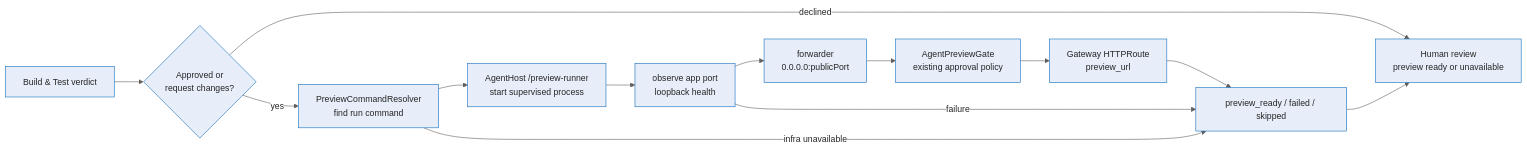
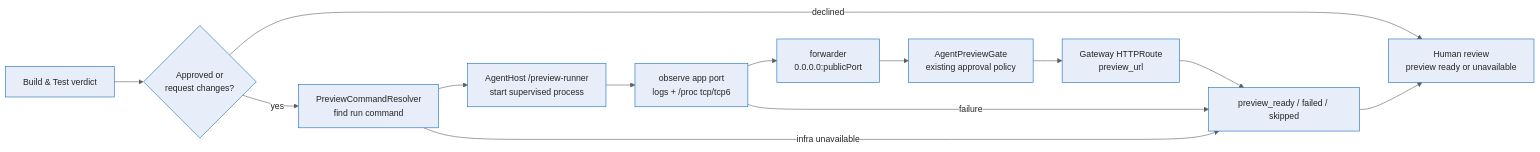
The diagram in docs/deep-dive/live-preview-provisioning.md (sabbour/agentweaver), drawn with Mermaid before and after one commit. The commit also changed other lines of this file and 10 other files, not shown here.

````diff
--- a/docs/deep-dive/live-preview-provisioning.md
+++ b/docs/deep-dive/live-preview-provisioning.md
@@ -9,20 +9,20 @@
 ```mermaid
 %%{init: {'theme':'base','themeVariables':{'fontFamily':'Segoe UI, system-ui, -apple-system, sans-serif','fontSize':'15px','primaryColor':'#E8EEF9','primaryBorderColor':'#0F6CBD','primaryTextColor':'#242424','lineColor':'#605E5C','clusterBkg':'#FAF9F8','clusterBorder':'#D2D0CE','edgeLabelBackground':'#FFFFFF'}}}%%
 flowchart LR
     Gate[Build & Test verdict]
     Check{Approved or<br/>request changes?}
     Resolve[PreviewCommandResolver<br/>find run command]
     Runner[AgentHost /preview-runner<br/>start supervised process]
-    Port[observe app port<br/>loopback health]
+    Port[observe app port<br/>logs + /proc tcp/tcp6]
     Forward[forwarder<br/>0.0.0.0:publicPort]
     Approval[AgentPreviewGate<br/>existing approval policy]
     Route[Gateway HTTPRoute<br/>preview_url]
     Outcome[preview_ready / failed / skipped]
     Review[Human review<br/>preview ready or unavailable]
 
     Gate --> Check
     Check -- declined --> Review
     Check -- yes --> Resolve --> Runner --> Port --> Forward --> Approval --> Route --> Outcome --> Review
     Resolve -- infra unavailable --> Outcome
     Port -- failure --> Outcome
 ```
````
